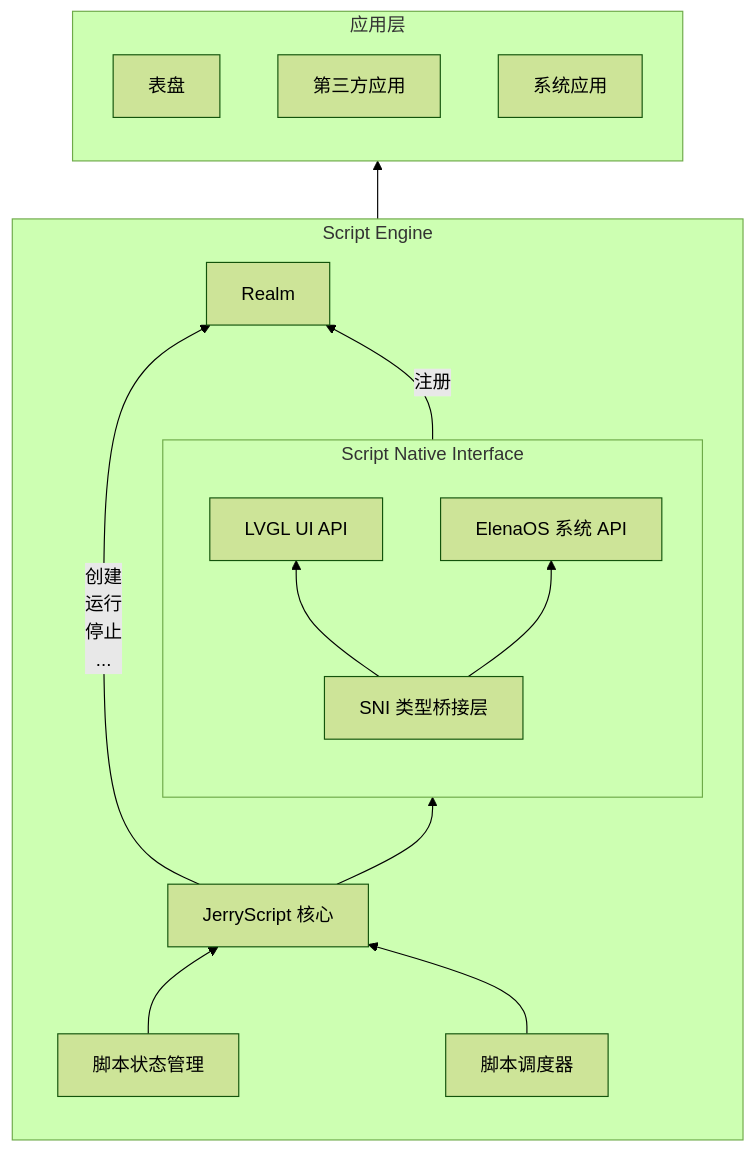
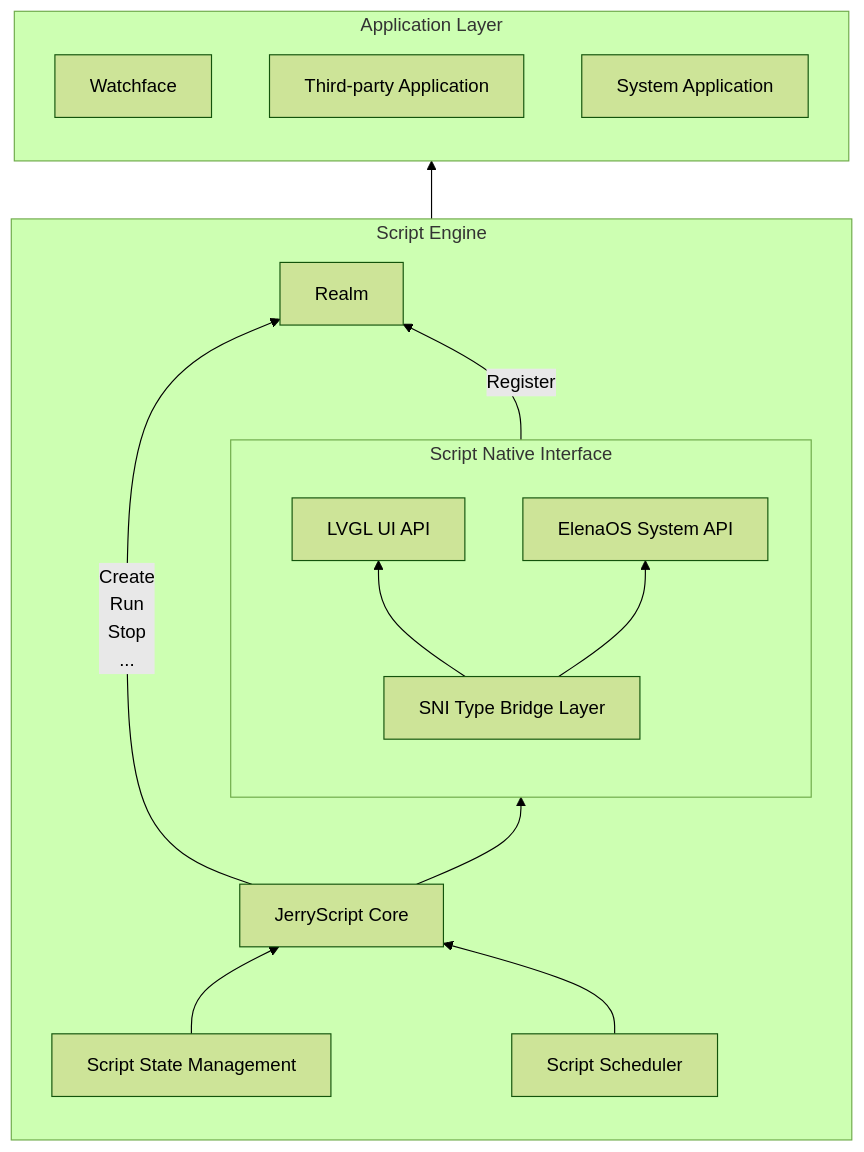
One commit to fossabot/ElenixOS-Docs changed the diagram in i18n/en/docusaurus-plugin-content-docs/current/architecture/script_engine.mdx. Above: the diagram before and after it, drawn with Mermaid (forest theme). The commit also changed other lines of this file and 38 other files, not shown here.

````diff
--- a/i18n/en/docusaurus-plugin-content-docs/current/architecture/script_engine.mdx
+++ b/i18n/en/docusaurus-plugin-content-docs/current/architecture/script_engine.mdx
@@ -24,37 +24,37 @@
 ```mermaid
 flowchart BT
 
-    subgraph application["应用层"]
+    subgraph application["Application Layer"]
         direction BT
-        Watchface["表盘"]
-        ThirdPartyApp["第三方应用"]
-        SystemApp["系统应用"]
+        Watchface["Watchface"]
+        ThirdPartyApp["Third-party Application"]
+        SystemApp["System Application"]
     end
 
     subgraph ScriptEngine["Script Engine"]
         direction BT
-        JerryScriptCore["JerryScript 核心"]
+        JerryScriptCore["JerryScript Core"]
         Realm["Realm"]
-        Scheduler["脚本调度器"]
-        State["脚本状态管理"]
+        Scheduler["Script Scheduler"]
+        State["Script State Management"]
 
         subgraph SNI["Script Native Interface"]
             direction BT
             LVGL["LVGL UI API"]
-            ElenaOS["ElenaOS 系统 API"]
-            SNI_TB["SNI 类型桥接层"]
+            ElenaOS["ElenaOS System API"]
+            SNI_TB["SNI Type Bridge Layer"]
 
             SNI_TB-->LVGL
             SNI_TB-->ElenaOS
         end
     end
 
-    JerryScriptCore -->|创建</br>运行</br>停止</br>...| Realm
+    JerryScriptCore -->|Create\nRun\nStop\n...| Realm
     JerryScriptCore --> SNI
     State --> JerryScriptCore
     Scheduler --> JerryScriptCore
 
 
-    SNI -->|注册| Realm
+    SNI -->|Register| Realm
     Realm --> application
 ```
````
